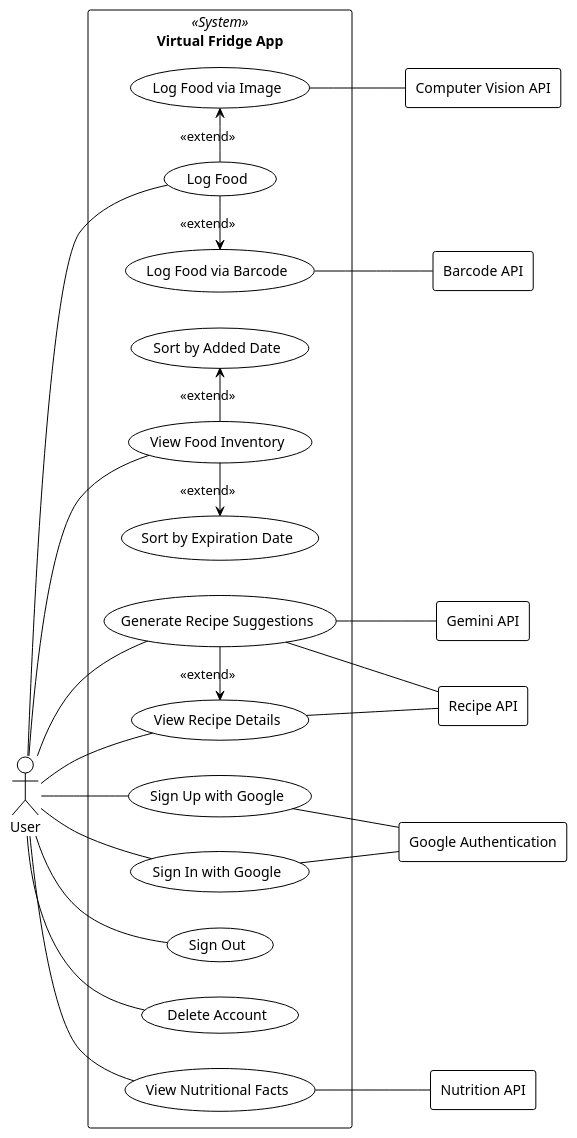
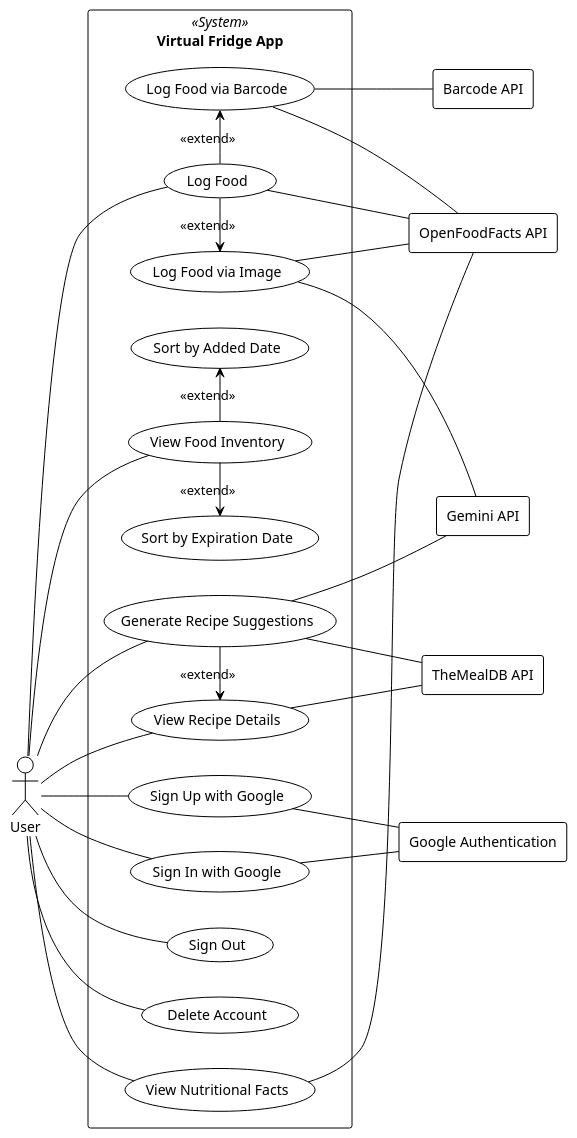
The diagram in documentation/diagrams/usecase.plantuml (virtualfridge/virtualfridge), drawn with PlantUML before and after one commit.

Commit message:
Update usecase diagram

```diff
--- a/documentation/diagrams/usecase.plantuml
+++ b/documentation/diagrams/usecase.plantuml
@@ -1,69 +1,71 @@
 @startuml
 !theme plain
 left to right direction
 
 actor User
 
 rectangle "Virtual Fridge App" << System >> {
   ' ==== Authentication ====
   usecase signUp as "Sign Up with Google"
   usecase signIn as "Sign In with Google"
   usecase signOut as "Sign Out"
   usecase deleteAccount as "Delete Account"
 
   ' ==== Logging Food ====
   usecase logFood as "Log Food"
   usecase logBarcode as "Log Food via Barcode"
   usecase logImage as "Log Food via Image"
 '   usecase logList as "Log Food via Pre-Made List"
 
   ' ==== Viewing Food ====
   usecase viewInventory as "View Food Inventory"
   usecase sortExp as "Sort by Expiration Date"
   usecase sortAdded as "Sort by Added Date"
 
   ' ==== Recipes & Nutrition ====
   usecase genRecipes as "Generate Recipe Suggestions"
   usecase viewRecipe as "View Recipe Details"
   usecase viewNutrition as "View Nutritional Facts"
 
   ' ==== Relationships (moved to right side) ====
-  logFood -left-> logBarcode : <<extend>>
-  logFood -right-> logImage : <<extend>>
+  logFood -right-> logBarcode : <<extend>>
+  logFood -left-> logImage : <<extend>>
 
   viewInventory -left-> sortExp : <<extend>>
   viewInventory -right-> sortAdded : <<extend>>
   genRecipes -right-> viewRecipe : <<extend>>
 }
 
 ' ==== External APIs (RHS) ====
 rectangle googleAuth as "Google Authentication"
 rectangle barcodeApi as "Barcode API"
-rectangle recipeApi as "Recipe API"
-rectangle nutritionApi as "Nutrition API"
-rectangle ComputerVisionAPI as "Computer Vision API"
-rectangle GeminiAPI as "Gemini API"
+rectangle recipeApi as "TheMealDB API"
+rectangle nutritionApi as "OpenFoodFacts API"
+rectangle GeminiApi as "Gemini API"
 
 
 ' ==== User connections ====
 User -- signUp
 User -- signIn
 User -- signOut
 User -- deleteAccount
 User -- logFood
 User -- viewInventory
 User -- genRecipes
 User -- viewRecipe
 User -- viewNutrition
 
 ' ==== API connections ====
 signUp -- googleAuth
 signIn -- googleAuth
 logBarcode -- barcodeApi
+logBarcode -- nutritionApi
+logFood -- nutritionApi
+logImage -- nutritionApi
 genRecipes -- recipeApi
-genRecipes -- GeminiAPI
+genRecipes -- GeminiApi
 viewRecipe -- recipeApi
 viewNutrition -- nutritionApi
-logImage -- ComputerVisionAPI
+logImage -- GeminiApi
 
 @enduml
```
